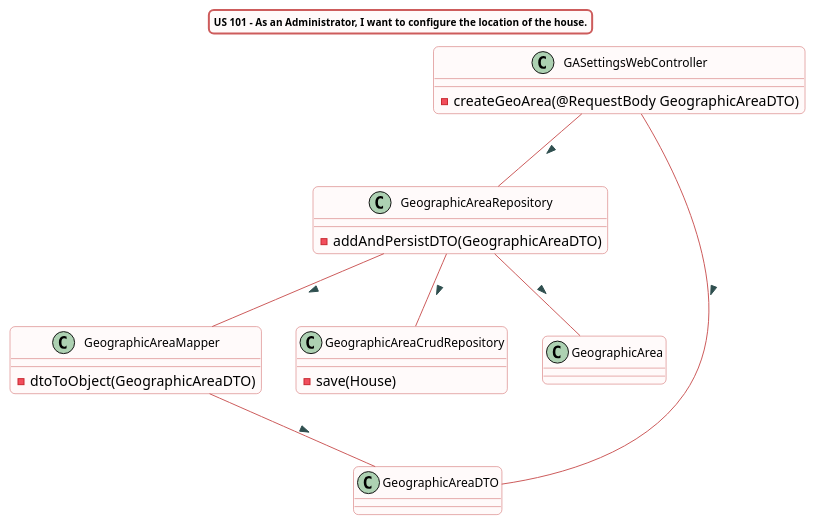
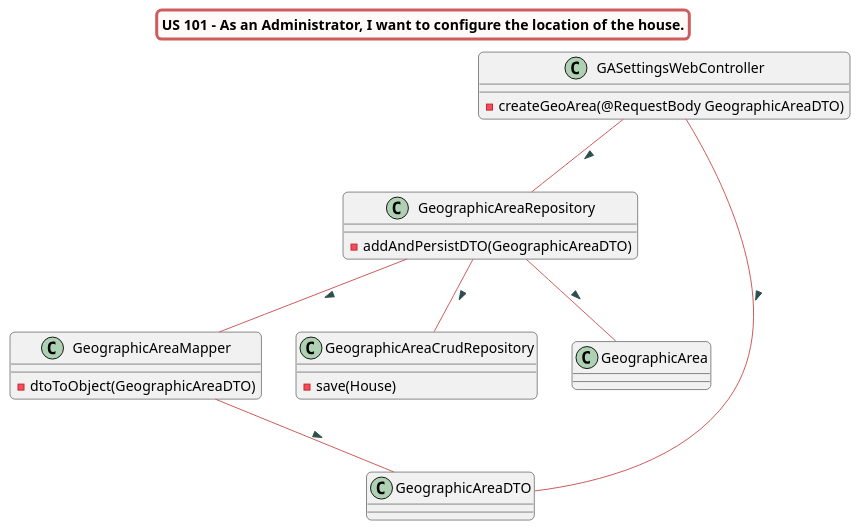
The diagram in src/doc/WEB_Controllers/GASettings/US003/US003_cd_GASettings.puml (Almadanmp/project), drawn with PlantUML before and after one commit. The commit also changed 7 other files, not shown here.

Commit message:
REF #364 #361 - updated diagrams for both USs. adds testes to GASettingsController

```diff
--- a/src/doc/WEB_Controllers/GASettings/US003/US003_cd_GASettings.puml
+++ b/src/doc/WEB_Controllers/GASettings/US003/US003_cd_GASettings.puml
@@ -1,58 +1,65 @@
 @startuml
 
 title US 101 - As an Administrator, I want to configure the location of the house.
+
 skinparam titleBorderRoundCorner 10
-skinparam titleBorderThickness 2
+skinparam titleBorderThickness 3
 skinparam titleBorderColor indianred
-skinparam titleBackgroundColor Snow
+skinparam titleBackgroundColor snow
 skinparam FontName quicksand
-skinparam titleFontSize 10
+
+skinparam actor {
+  BorderColor indianred
+  backgroundColor Snow
+  }
+
+skinparam sequence {
+  LifeLineBackgroundColor indianred
+  ParticipantBackgroundColor snow
+}
+
 skinparam roundcorner 10
 
+skinparam component {
+  arrowThickness 1
+  ArrowFontName Verdana
+  ArrowColor indianred
+  ArrowFontColor darkslategrey
+}
 
-skinparam class {
-  BorderColor indianred
-  BackgroundColor indianred
-  BackgroundColor Snow
-   roundcorner 10
-   ArrowFontName Verdana
-   ArrowColor indianred
-   ArrowFontColor darkslategrey
-   FontSize 12
-}
 
 class GASettingsWebController
 class GeographicAreaRepository
 class GeographicAreaMapper
 class GeographicAreaCrudRepository
 class GeographicAreaDTO
 class GeographicArea
 
 GASettingsWebController -- GeographicAreaRepository : >
 GASettingsWebController -- GeographicAreaDTO : >
 
 GeographicAreaRepository -- GeographicAreaCrudRepository : >
 GeographicAreaRepository -- GeographicArea : >
 GeographicAreaRepository -- GeographicAreaMapper : >
 GeographicAreaMapper -- GeographicAreaDTO : >
 
 
 
 class GASettingsWebController {
 -createGeoArea(@RequestBody GeographicAreaDTO)
 }
 
 class GeographicAreaMapper{
--dtoToObject(GeographicAreaDTO)
+- dtoToObject(GeographicAreaDTO)
 }
 
 class GeographicAreaRepository {
--addAndPersistDTO(GeographicAreaDTO)
+- addAndPersistDTO(GeographicAreaDTO)
 }
 
 
 class GeographicAreaCrudRepository{
--save(House)
+- save(House)
 }
 
 @enduml
```
